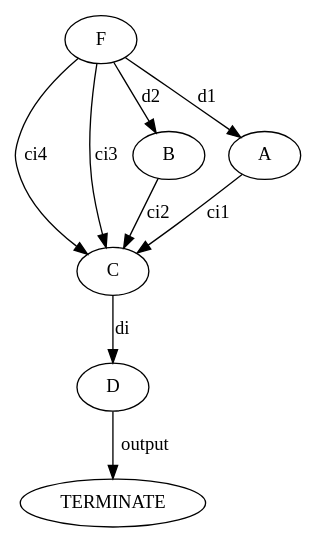
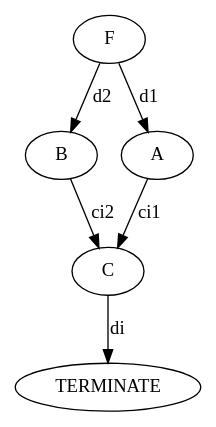
Before and after one commit to Apeng7364/DFC: the diagram in digraph.gv, drawn with Graphviz. The commit also changed 33 other files, not shown here.

```diff
--- a/digraph.gv
+++ b/digraph.gv
@@ -1,11 +1,8 @@
 digraph
 {
-  D -> TERMINATE [label="output"];
-  C -> D [label="di"];
+  C -> TERMINATE [label="di"];
   B -> C [label="ci2"];
   A -> C [label="ci1"];
-  F -> C [label="ci4"];
-  F -> C [label="ci3"];
   F -> B [label="d2"];
   F -> A [label="d1"];
 }
```
